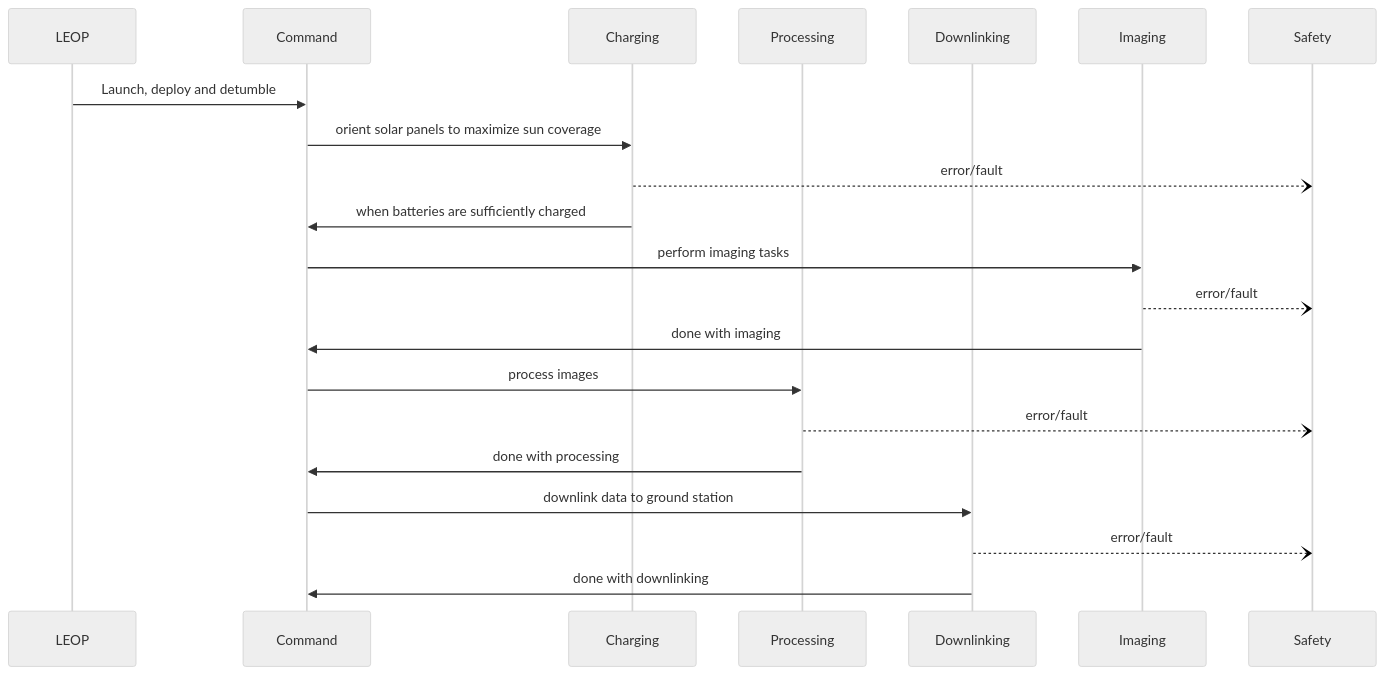
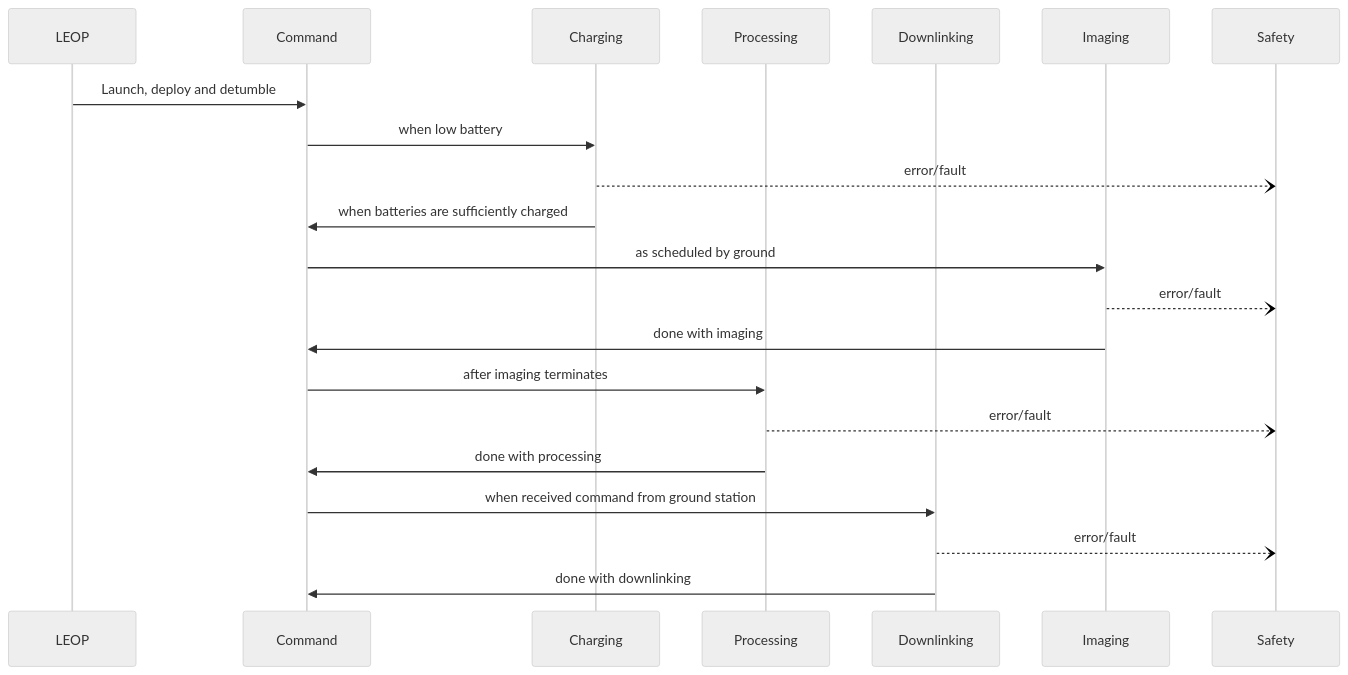
Before and after one commit to utat-ss/FINCH-sequence-diagrams: the diagram in concept of operations/mission-functional-flow-block-diagram.md, drawn with Mermaid (neutral theme).

````diff
--- a/concept of operations/mission-functional-flow-block-diagram.md
+++ b/concept of operations/mission-functional-flow-block-diagram.md
@@ -2,33 +2,33 @@
 ```mermaid
 sequenceDiagram
     participant LEOP
     participant Command
     participant Charging
     participant Processing
     participant Downlinking
     participant Imaging
     participant Safety
 
 
     LEOP->>Command: Launch, deploy and detumble
 
-    Command->>Charging: orient solar panels to maximize sun coverage
+    Command->>Charging: when low battery
     Charging--)Safety: error/fault
     Charging->>Command: when batteries are sufficiently charged
   
 
-    Command->>Imaging: perform imaging tasks
+    Command->>Imaging: as scheduled by ground
     Imaging--)Safety: error/fault
     Imaging->>Command: done with imaging
 
 
-    Command->>Processing: process images
+    Command->>Processing: after imaging terminates
     Processing--)Safety: error/fault
     Processing->>Command: done with processing
     
     
-    Command->>Downlinking: downlink data to ground station
+    Command->>Downlinking: when received command from ground station
     Downlinking--)Safety: error/fault
     Downlinking->>Command: done with downlinking
 
 ```
````
